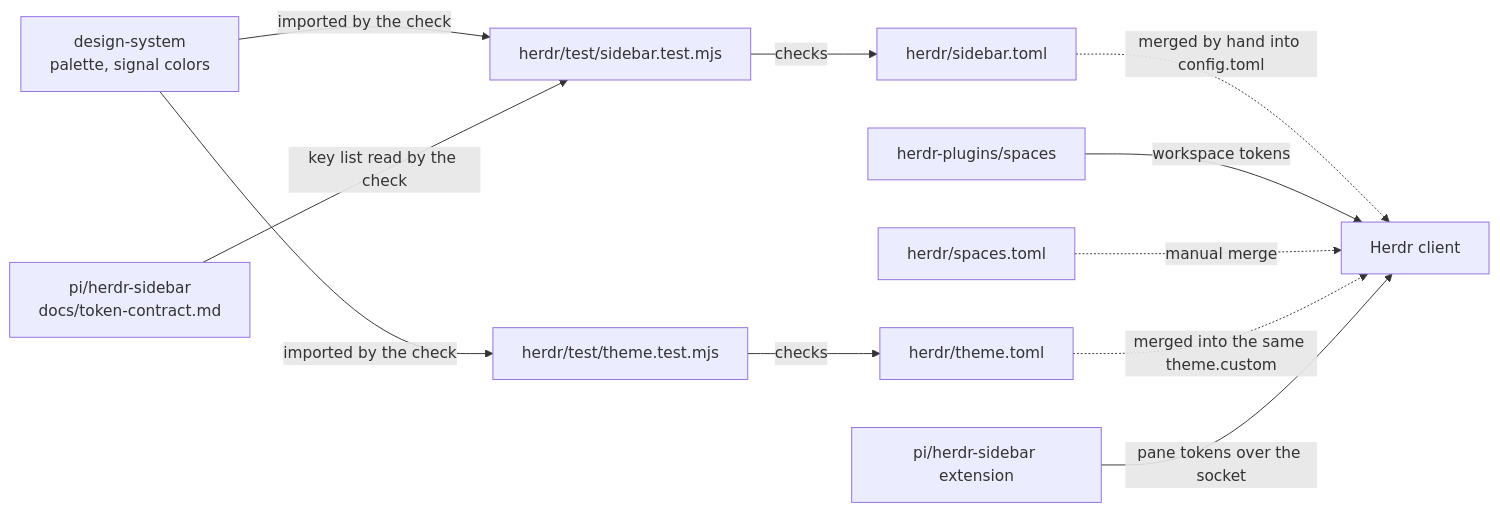
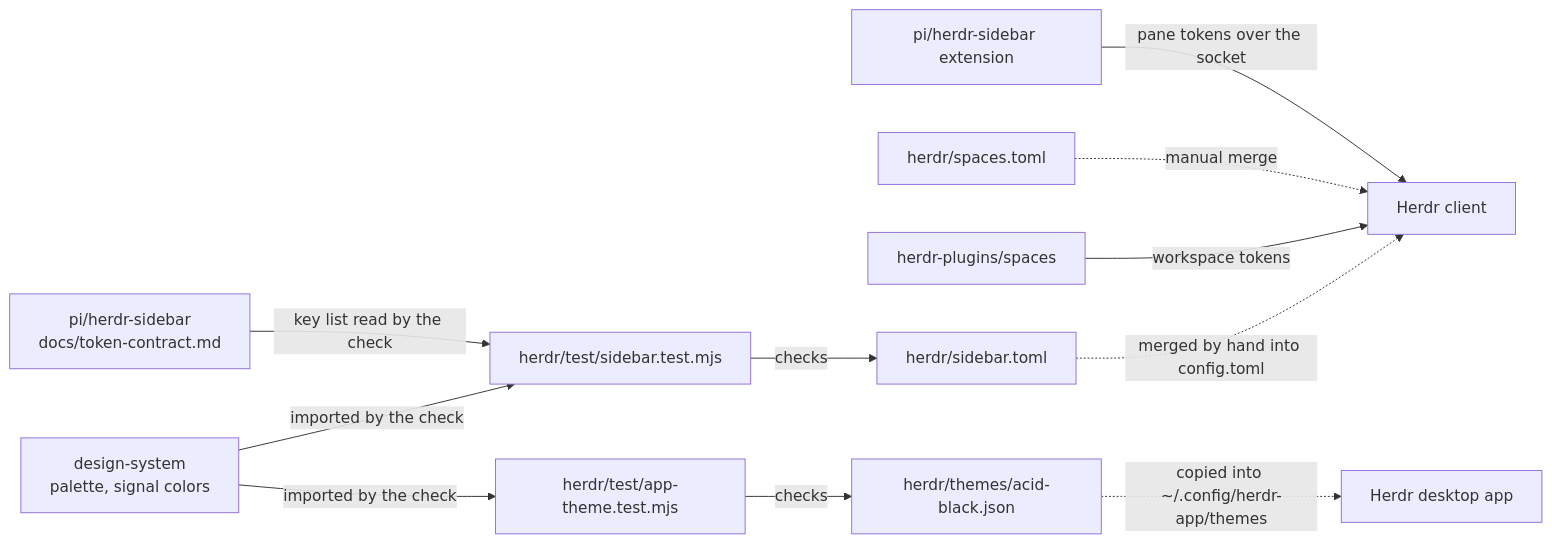
Before and after one commit to jigenator/industrial-os: the diagram in herdr/docs/architecture.md, drawn with Mermaid. The commit also changed other lines of this file and 20 other files, not shown here.

First line of the commit message:
Replace the herdr-tui theme with an Acid / Black theme for the Herdr desktop app

````diff
--- a/herdr/docs/architecture.md
+++ b/herdr/docs/architecture.md
@@ -18,13 +18,13 @@
 ```mermaid
 flowchart LR
     DS["design-system<br/>palette, signal colors"] -->|imported by the check| Test["herdr/test/sidebar.test.mjs"]
     Contract["pi/herdr-sidebar<br/>docs/token-contract.md"] -->|key list read by the check| Test
     Test -->|checks| Fragment["herdr/sidebar.toml"]
     Fragment -.->|merged by hand into config.toml| Herdr["Herdr client"]
     Spaces["herdr-plugins/spaces"] -->|workspace tokens| Herdr
     SpacesFragment["herdr/spaces.toml"] -.->|manual merge| Herdr
-    DS -->|imported by the check| ThemeTest["herdr/test/theme.test.mjs"]
-    ThemeTest -->|checks| ThemeFragment["herdr/theme.toml"]
-    ThemeFragment -.->|merged into the same theme.custom| Herdr
+    DS -->|imported by the check| ThemeTest["herdr/test/app-theme.test.mjs"]
+    ThemeTest -->|checks| AppTheme["herdr/themes/acid-black.json"]
+    AppTheme -.->|copied into ~/.config/herdr-app/themes| App["Herdr desktop app"]
     Ext["pi/herdr-sidebar extension"] -->|pane tokens over the socket| Herdr
 ```
````
